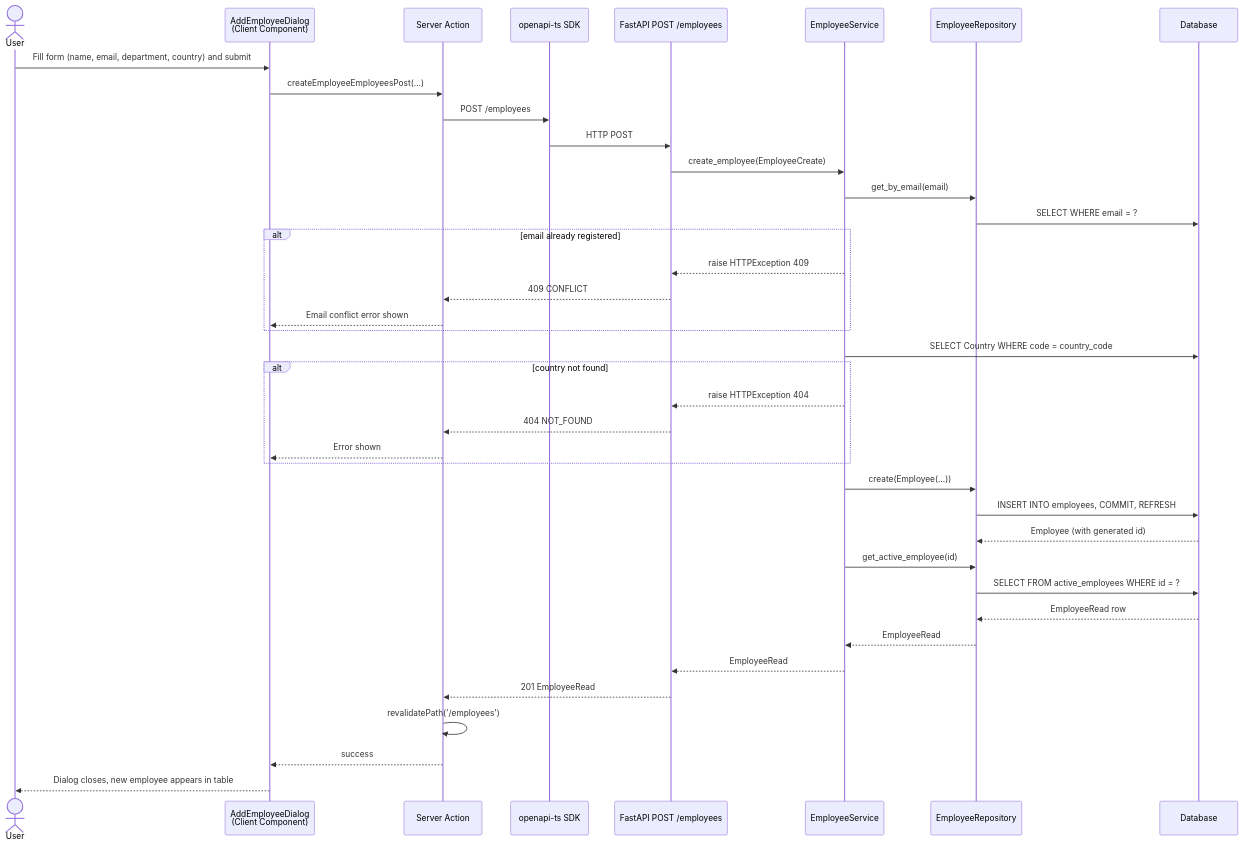
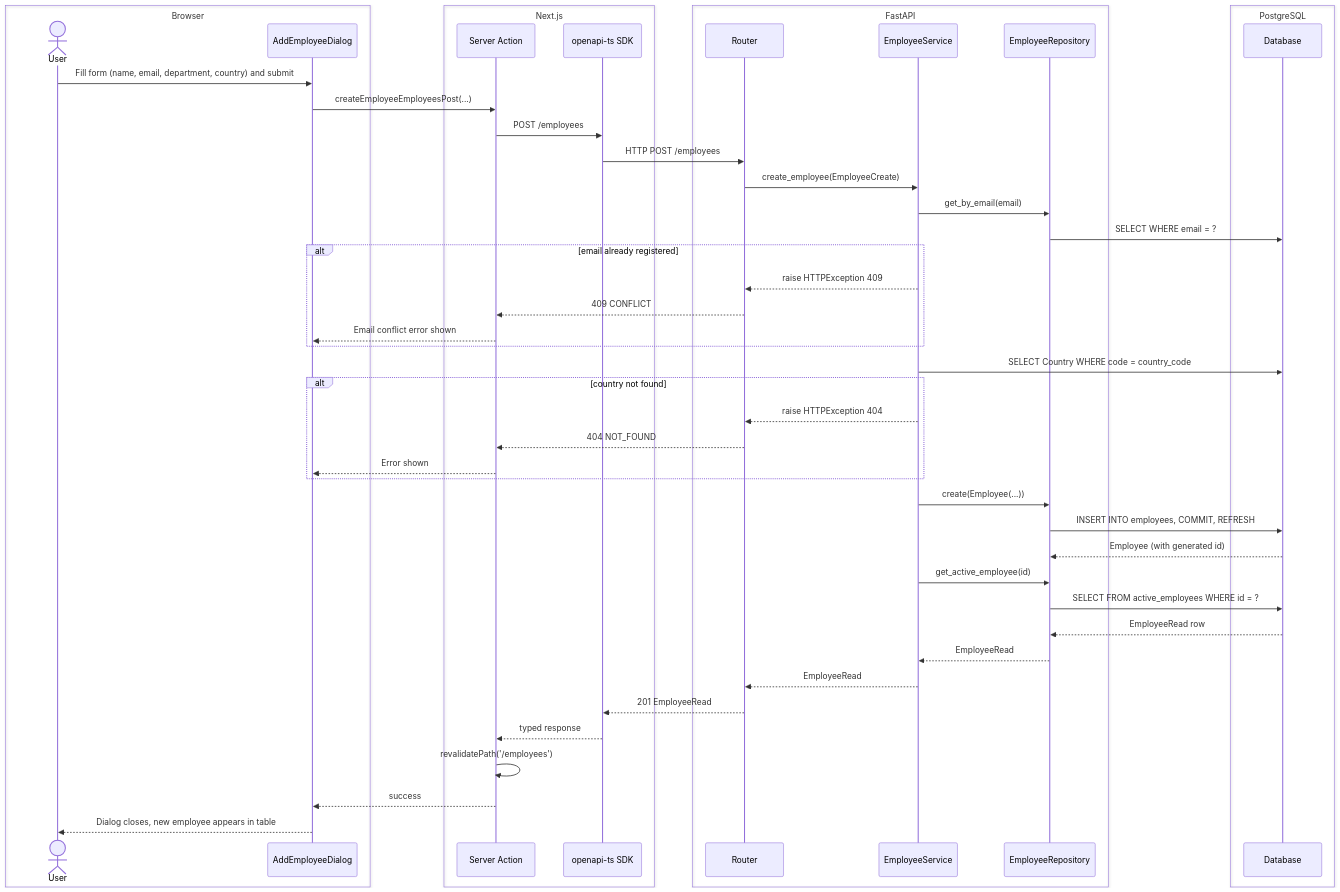
One commit to utsabbera/acme-salary-management changed the fifth of 9 diagrams in docs/architecture.md. Above: the diagram before and after it, drawn with Mermaid. The commit also changed other lines of this file, not shown here.

First line of the commit message:
docs(architecture): refine sequence diagrams with box groupings and cleanup

````diff
--- a/docs/architecture.md
+++ b/docs/architecture.md
@@ -216,48 +231,57 @@
 ```mermaid
 sequenceDiagram
-    actor User
-    participant Dialog as AddEmployeeDialog<br/>(Client Component)
-    participant SA as Server Action
-    participant SDK as openapi-ts SDK
-    participant API as FastAPI POST /employees
-    participant Svc as EmployeeService
-    participant Repo as EmployeeRepository
-    participant DB as Database
+    box Browser
+        actor User
+        participant Dialog as AddEmployeeDialog
+    end
+    box Next.js
+        participant SA as Server Action
+        participant SDK as openapi-ts SDK
+    end
+    box FastAPI
+        participant API as Router
+        participant Svc as EmployeeService
+        participant Repo as EmployeeRepository
+    end
+    box PostgreSQL
+        participant DB as Database
+    end
 
     User->>Dialog: Fill form (name, email, department, country) and submit
     Dialog->>SA: createEmployeeEmployeesPost(...)
     SA->>SDK: POST /employees
-    SDK->>API: HTTP POST
+    SDK->>API: HTTP POST /employees
 
     API->>Svc: create_employee(EmployeeCreate)
     Svc->>Repo: get_by_email(email)
     Repo->>DB: SELECT WHERE email = ?
 
     alt email already registered
         Svc-->>API: raise HTTPException 409
         API-->>SA: 409 CONFLICT
         SA-->>Dialog: Email conflict error shown
     end
 
     Svc->>DB: SELECT Country WHERE code = country_code
     alt country not found
         Svc-->>API: raise HTTPException 404
         API-->>SA: 404 NOT_FOUND
         SA-->>Dialog: Error shown
     end
 
     Svc->>Repo: create(Employee(...))
     Repo->>DB: INSERT INTO employees, COMMIT, REFRESH
     DB-->>Repo: Employee (with generated id)
 
     Svc->>Repo: get_active_employee(id)
     Repo->>DB: SELECT FROM active_employees WHERE id = ?
     DB-->>Repo: EmployeeRead row
     Repo-->>Svc: EmployeeRead
 
     Svc-->>API: EmployeeRead
-    API-->>SA: 201 EmployeeRead
+    API-->>SDK: 201 EmployeeRead
+    SDK-->>SA: typed response
     SA->>SA: revalidatePath('/employees')
     SA-->>Dialog: success
     Dialog-->>User: Dialog closes, new employee appears in table
 ```
````
